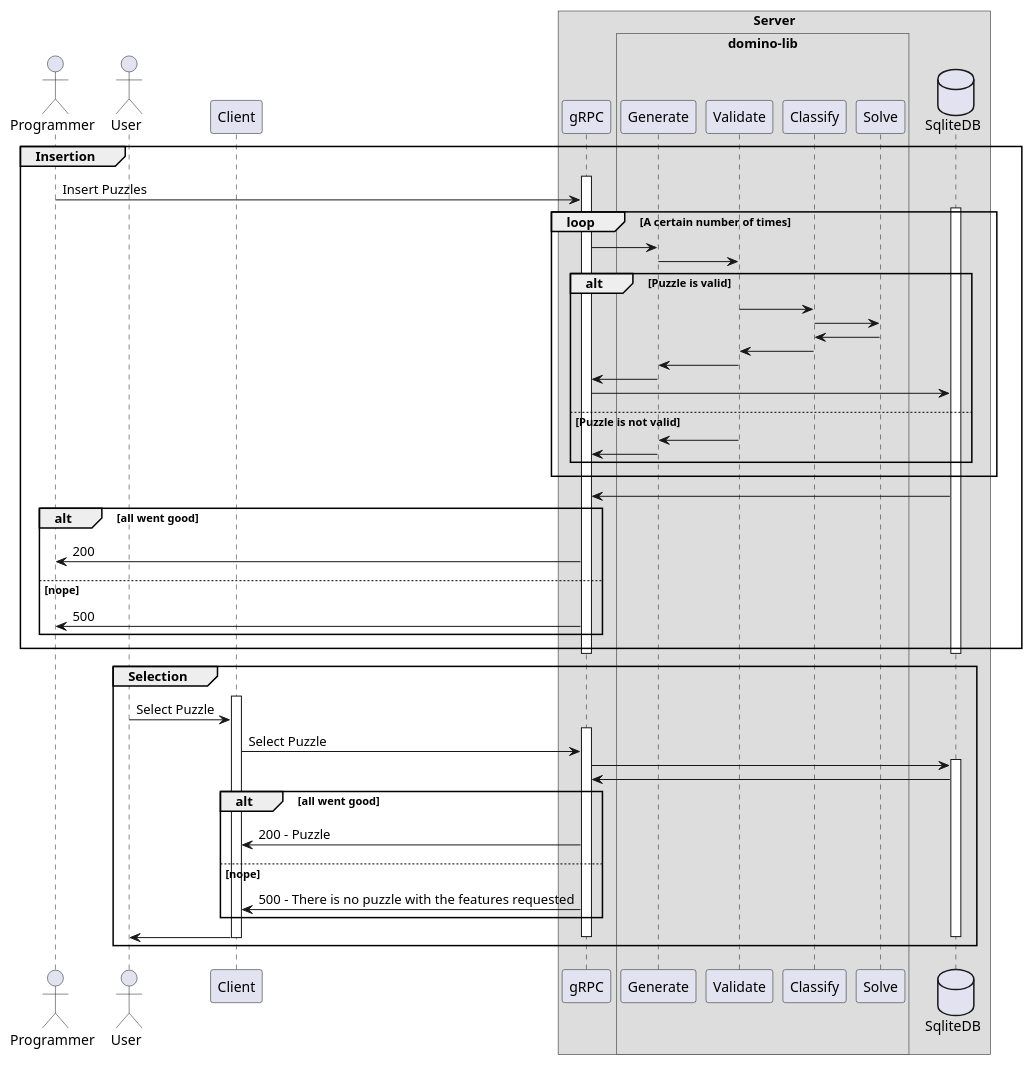
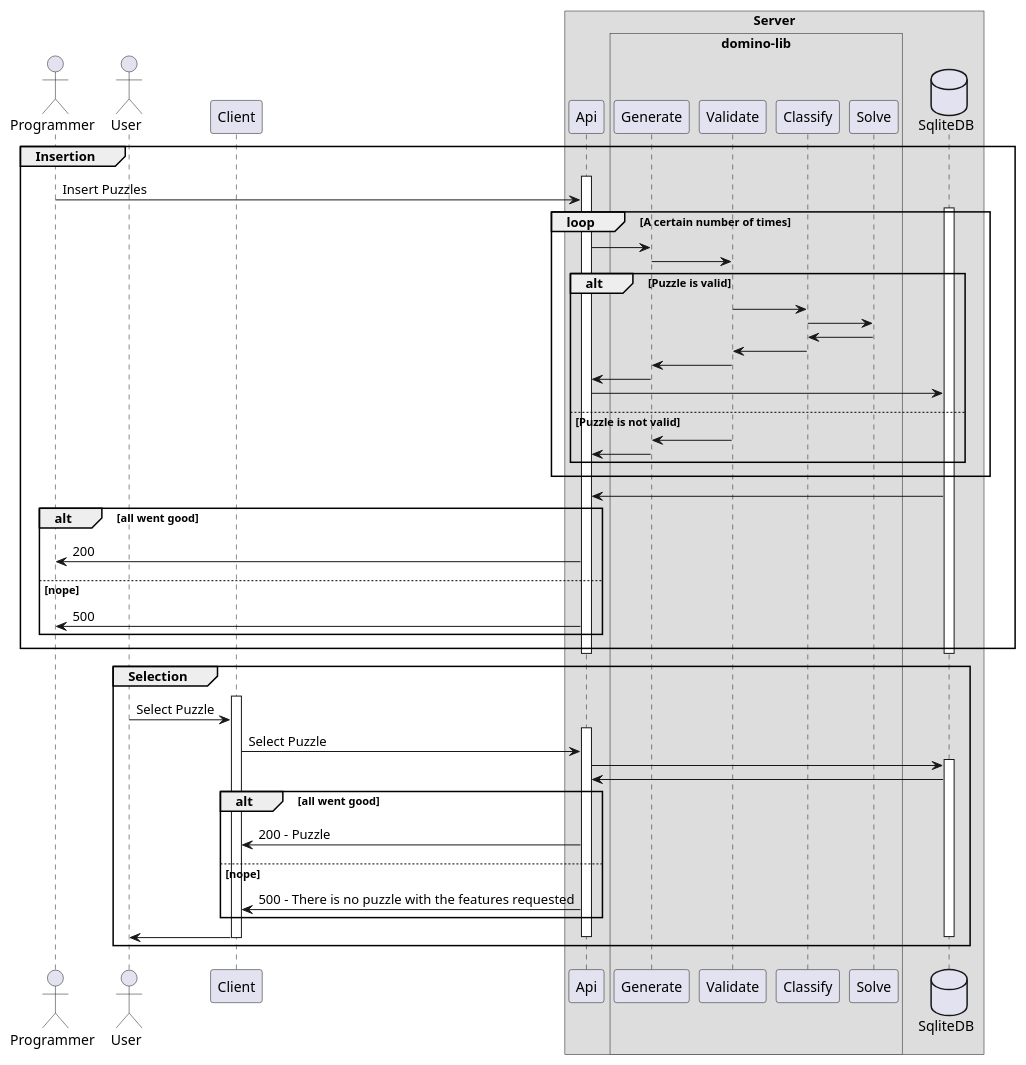
Before and after one commit to DominoOrg/domino-app: the diagram in plantuml/main.puml, drawn with PlantUML. The commit also changed 20 other files, not shown here.

```diff
--- a/plantuml/main.puml
+++ b/plantuml/main.puml
@@ -1,69 +1,69 @@
 @startuml domino-app
 !pragma teoz true
 actor Programmer
 
 actor User
 
 participant Client
 
 box Server
-participant gRPC
+participant Api
 box "domino-lib"
     participant Generate
     participant Validate
     participant Classify
     participant Solve
 end box
 database SqliteDB
 end box
 
 group Insertion
-    activate gRPC
-    Programmer -> gRPC: Insert Puzzles
+    activate Api
+    Programmer -> Api: Insert Puzzles
         activate SqliteDB
             loop A certain number of times
-            gRPC -> Generate
+            Api -> Generate
             Generate -> Validate
             alt Puzzle is valid
             Validate -> Classify
             Classify -> Solve
             Solve -> Classify
             Classify -> Validate
             Validate -> Generate
-            Generate -> gRPC
-            gRPC -> SqliteDB
+            Generate -> Api
+            Api -> SqliteDB
             else Puzzle is not valid
             Validate -> Generate 
-            Generate -> gRPC
+            Generate -> Api
             end
 
             end
-            SqliteDB -> gRPC
+            SqliteDB -> Api
                 alt all went good
-                    gRPC -> Programmer: 200
+                    Api -> Programmer: 200
                 else nope
-                    gRPC -> Programmer: 500
+                    Api -> Programmer: 500
                 end
         deactivate SqliteDB
-    deactivate gRPC
+    deactivate Api
 end
 
 group Selection
     activate Client
         User -> Client: Select Puzzle
-        activate gRPC
-            Client -> gRPC: Select Puzzle
+        activate Api
+            Client -> Api: Select Puzzle
             activate SqliteDB
-                gRPC -> SqliteDB 
-                SqliteDB -> gRPC
+                Api -> SqliteDB 
+                SqliteDB -> Api
                 alt all went good
-                    gRPC -> Client: 200 - Puzzle
+                    Api -> Client: 200 - Puzzle
                 else nope
-                    gRPC  -> Client: 500 - There is no puzzle with the features requested
+                    Api  -> Client: 500 - There is no puzzle with the features requested
                 end
             deactivate SqliteDB
-        deactivate gRPC
+        deactivate Api
         Client -> User
     deactivate Client
 end
 @enduml
```
